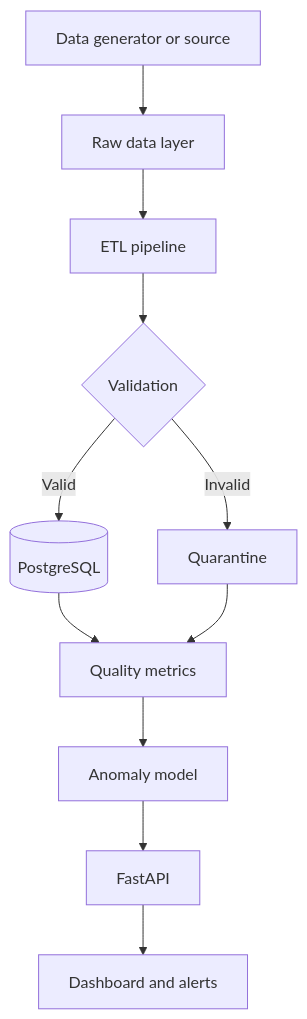
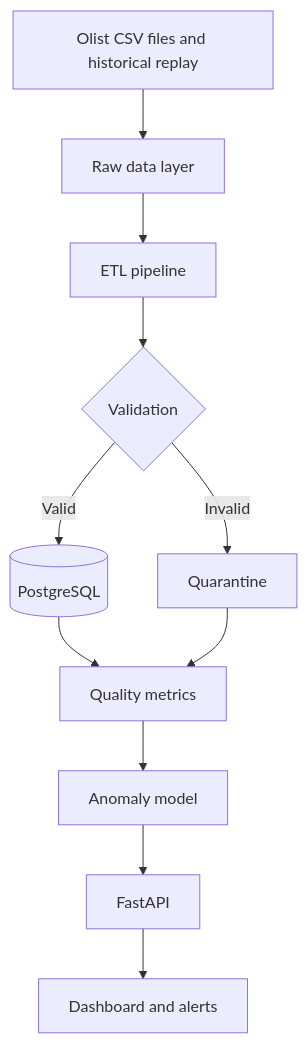
Before and after one commit to MohamedAlahyani/Data_Guard: the diagram in README.md, drawn with Mermaid. The commit also changed other lines of this file and 9 other files, not shown here.

````diff
--- a/README.md
+++ b/README.md
@@ -84,13 +86,13 @@
 ```mermaid
 flowchart TD
-    A[Data generator or source] --> B[Raw data layer]
+    A[Olist CSV files and historical replay] --> B[Raw data layer]
     B --> C[ETL pipeline]
     C --> D{Validation}
     D -->|Valid| E[(PostgreSQL)]
     D -->|Invalid| F[Quarantine]
     E --> G[Quality metrics]
     F --> G
     G --> H[Anomaly model]
     H --> I[FastAPI]
     I --> J[Dashboard and alerts]
 ```
````
